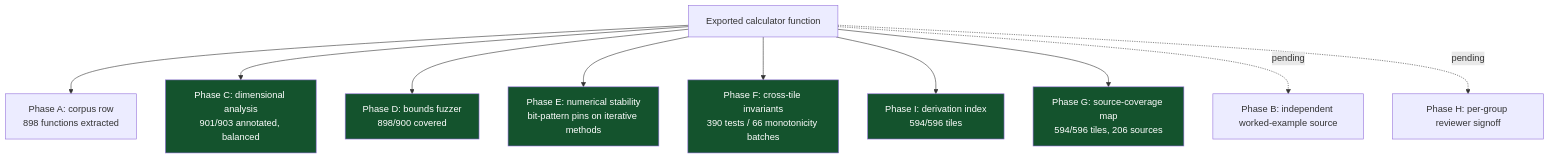
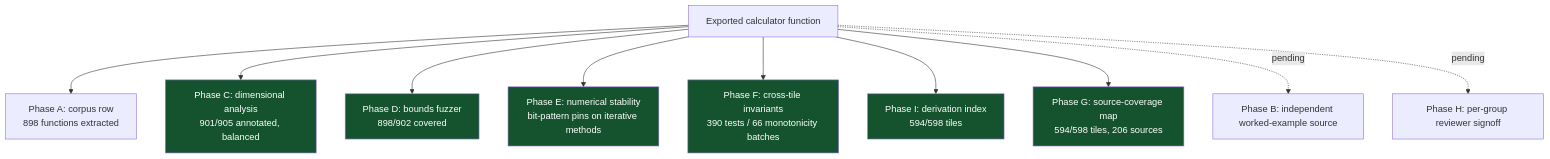
The sixth of 8 diagrams in README.md (clay-good/roughlogic.com), drawn with Mermaid before and after one commit. The commit also changed other lines of this file and 16 other files, not shown here.

````diff
--- a/README.md
+++ b/README.md
@@ -386,18 +386,18 @@
 ```mermaid
 flowchart TB
     F[Exported calculator function] --> A[Phase A: corpus row\n898 functions extracted]
-    F --> C[Phase C: dimensional analysis\n901/903 annotated, balanced]
-    F --> D[Phase D: bounds fuzzer\n898/900 covered]
+    F --> C[Phase C: dimensional analysis\n901/905 annotated, balanced]
+    F --> D[Phase D: bounds fuzzer\n898/902 covered]
     F --> E[Phase E: numerical stability\nbit-pattern pins on iterative methods]
     F --> Fa[Phase F: cross-tile invariants\n390 tests / 66 monotonicity batches]
-    F --> I[Phase I: derivation index\n594/596 tiles]
-    F --> G[Phase G: source-coverage map\n594/596 tiles, 206 sources]
+    F --> I[Phase I: derivation index\n594/598 tiles]
+    F --> G[Phase G: source-coverage map\n594/598 tiles, 206 sources]
     F -.pending.-> B[Phase B: independent worked-example source]
     F -.pending.-> H[Phase H: per-group reviewer signoff]
     style C fill:#14532d,color:#fff
     style D fill:#14532d,color:#fff
     style E fill:#14532d,color:#fff
     style Fa fill:#14532d,color:#fff
     style G fill:#14532d,color:#fff
     style I fill:#14532d,color:#fff
 ```
````
